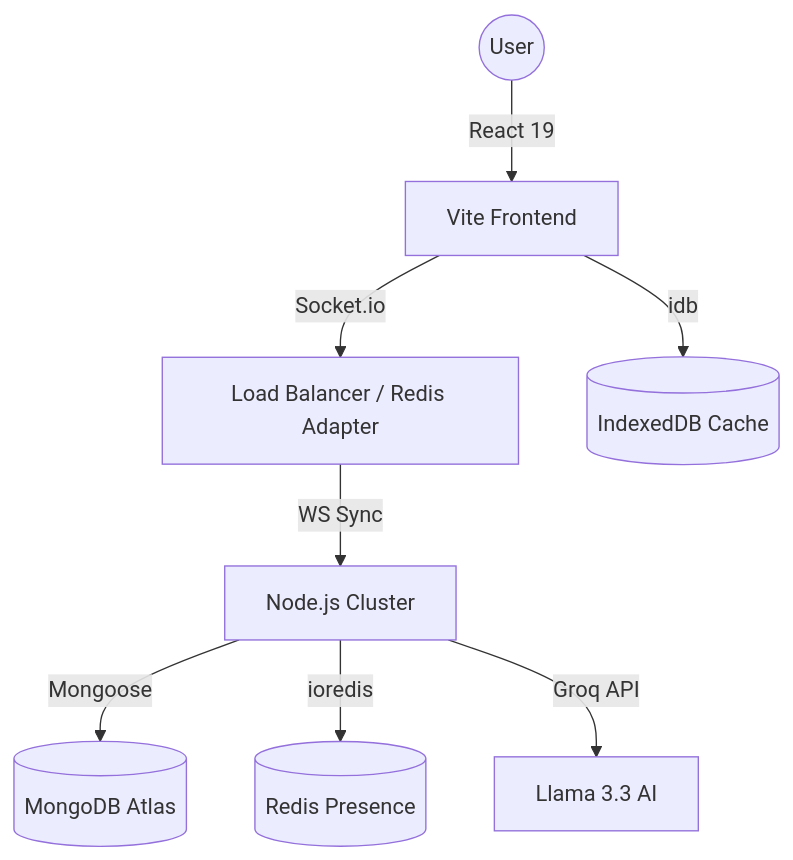
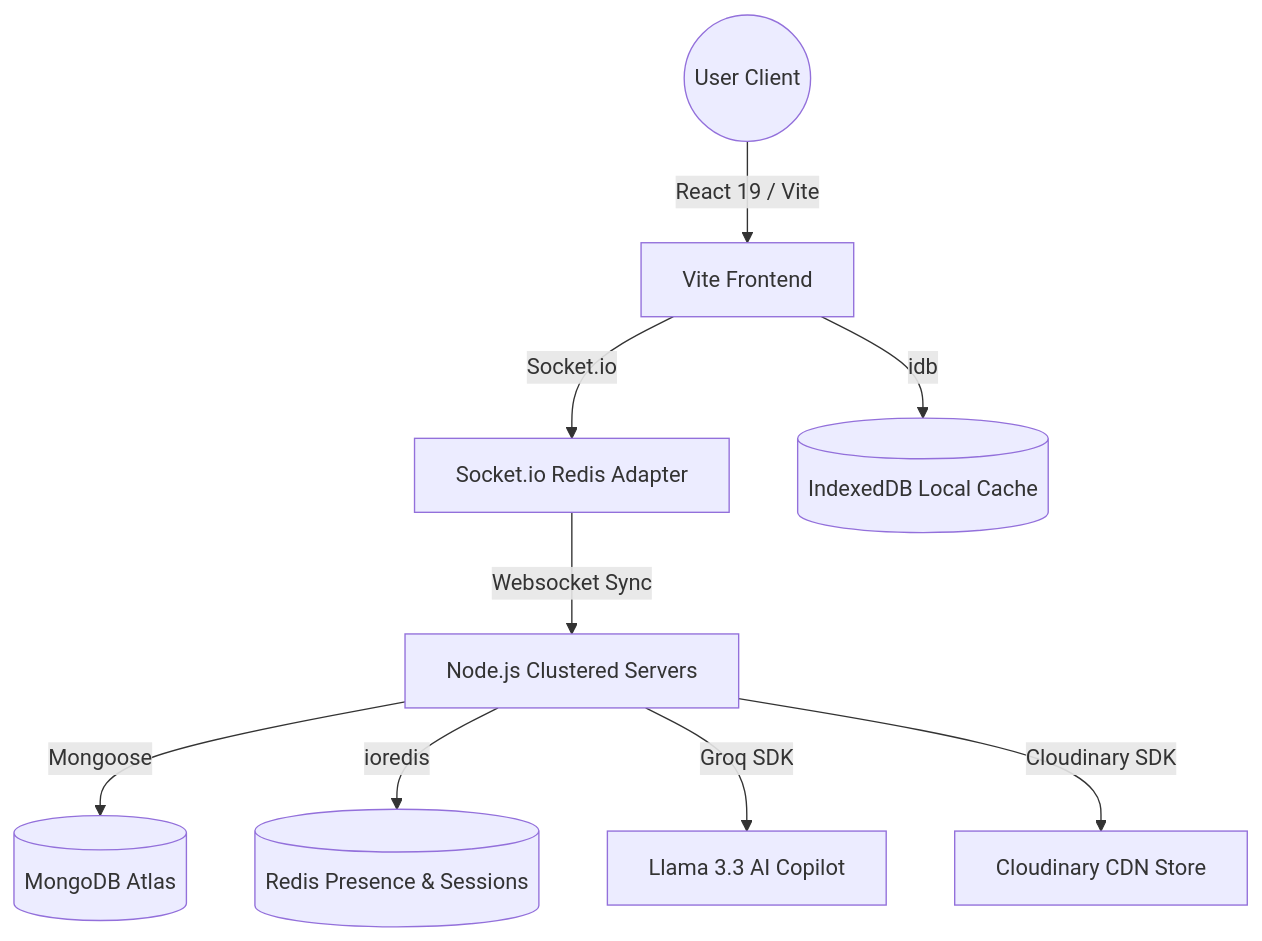
Before and after one commit to Sadyal/VertexFlow: the diagram in README.md, drawn with Mermaid. The commit also changed other lines of this file and 3 other files, not shown here.

````diff
--- a/README.md
+++ b/README.md
@@ -15,10 +17,11 @@
 ```mermaid
 graph TD
-    User((User)) -->|React 19| Frontend[Vite Frontend]
-    Frontend -->|Socket.io| LB[Load Balancer / Redis Adapter]
-    LB -->|WS Sync| Backend[Node.js Cluster]
-    Backend -->|Mongoose| MongoDB[(MongoDB Atlas)]
-    Backend -->|ioredis| Redis[(Redis Presence)]
-    Backend -->|Groq API| AI[Llama 3.3 AI]
-    Frontend -->|idb| Cache[(IndexedDB Cache)]
+    User((User Client)) -->|React 19 / Vite| FE[Vite Frontend]
+    FE -->|Socket.io| WS_Adapter[Socket.io Redis Adapter]
+    WS_Adapter -->|Websocket Sync| ServerCluster[Node.js Clustered Servers]
+    ServerCluster -->|Mongoose| MongoDB[(MongoDB Atlas)]
+    ServerCluster -->|ioredis| Redis[(Redis Presence & Sessions)]
+    ServerCluster -->|Groq SDK| LlamaAI[Llama 3.3 AI Copilot]
+    ServerCluster -->|Cloudinary SDK| CloudImage[Cloudinary CDN Store]
+    FE -->|idb| LocalCache[(IndexedDB Local Cache)]
 ```
````
